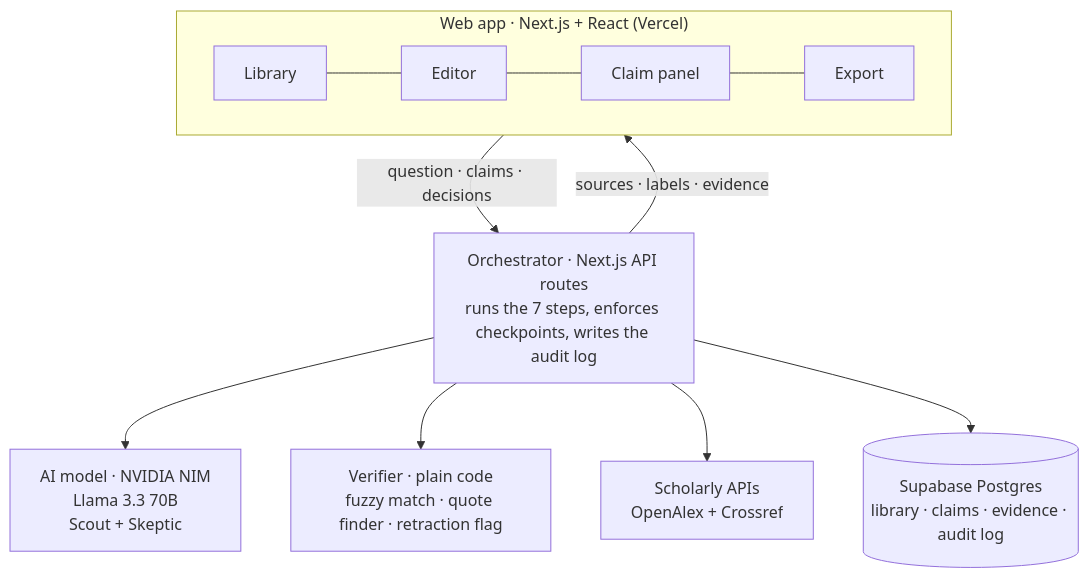
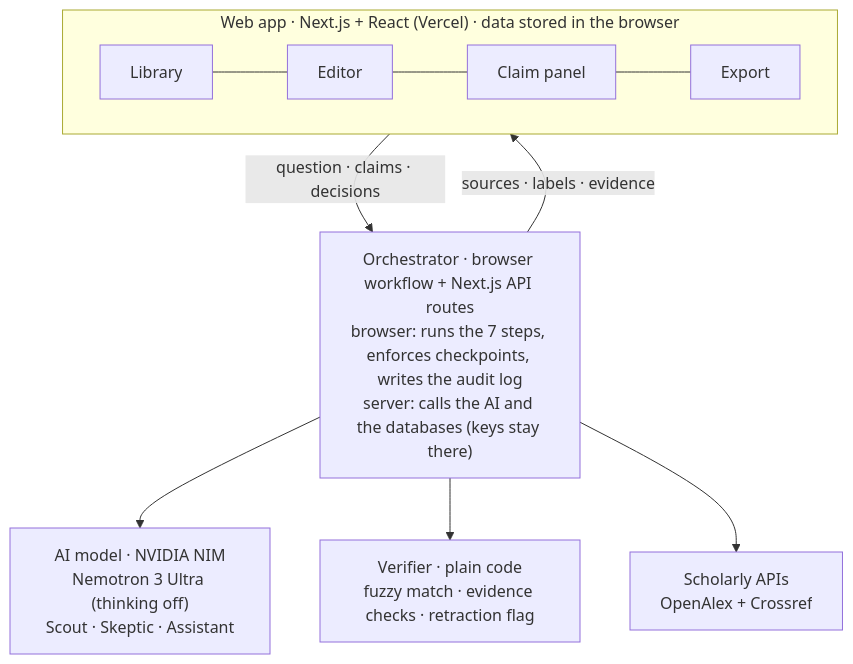
The second of 2 diagrams in ClaimTrace_Project_Overview.md (N33L22/ai-club-hackathon), drawn with Mermaid before and after one commit. The commit also changed other lines of this file and 5219 other files, not shown here.

````diff
--- a/ClaimTrace_Project_Overview.md
+++ b/ClaimTrace_Project_Overview.md
@@ -209,13 +219,12 @@
 ```mermaid
 flowchart TB
-    subgraph Browser["Web app · Next.js + React (Vercel)"]
+    subgraph Browser["Web app · Next.js + React (Vercel) · data stored in the browser"]
         L[Library] --- E[Editor] --- CP[Claim panel] --- X[Export]
     end
     Browser -- "question · claims · decisions" --> O
     O -- "sources · labels · evidence" --> Browser
-    O["Orchestrator · Next.js API routes<br/>runs the 7 steps, enforces checkpoints, writes the audit log"]
-    O --> AI["AI model · NVIDIA NIM<br/>Llama 3.3 70B<br/>Scout + Skeptic"]
-    O --> V["Verifier · plain code<br/>fuzzy match · quote finder · retraction flag"]
+    O["Orchestrator · browser workflow + Next.js API routes<br/>browser: runs the 7 steps, enforces checkpoints, writes the audit log<br/>server: calls the AI and the databases (keys stay there)"]
+    O --> AI["AI model · NVIDIA NIM<br/>Nemotron 3 Ultra (thinking off)<br/>Scout · Skeptic · Assistant"]
+    O --> V["Verifier · plain code<br/>fuzzy match · evidence checks · retraction flag"]
     O --> S["Scholarly APIs<br/>OpenAlex + Crossref"]
-    O --> DB[("Supabase Postgres<br/>library · claims · evidence · audit log")]
 ```
````
